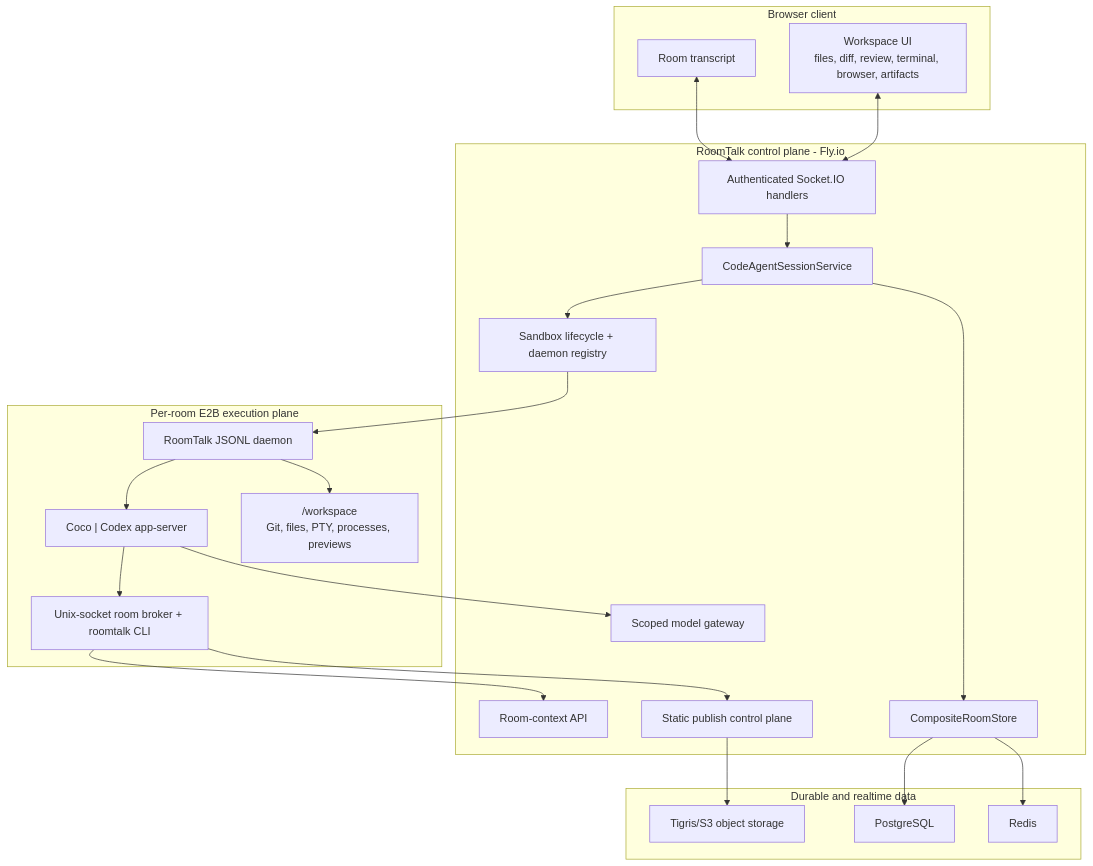
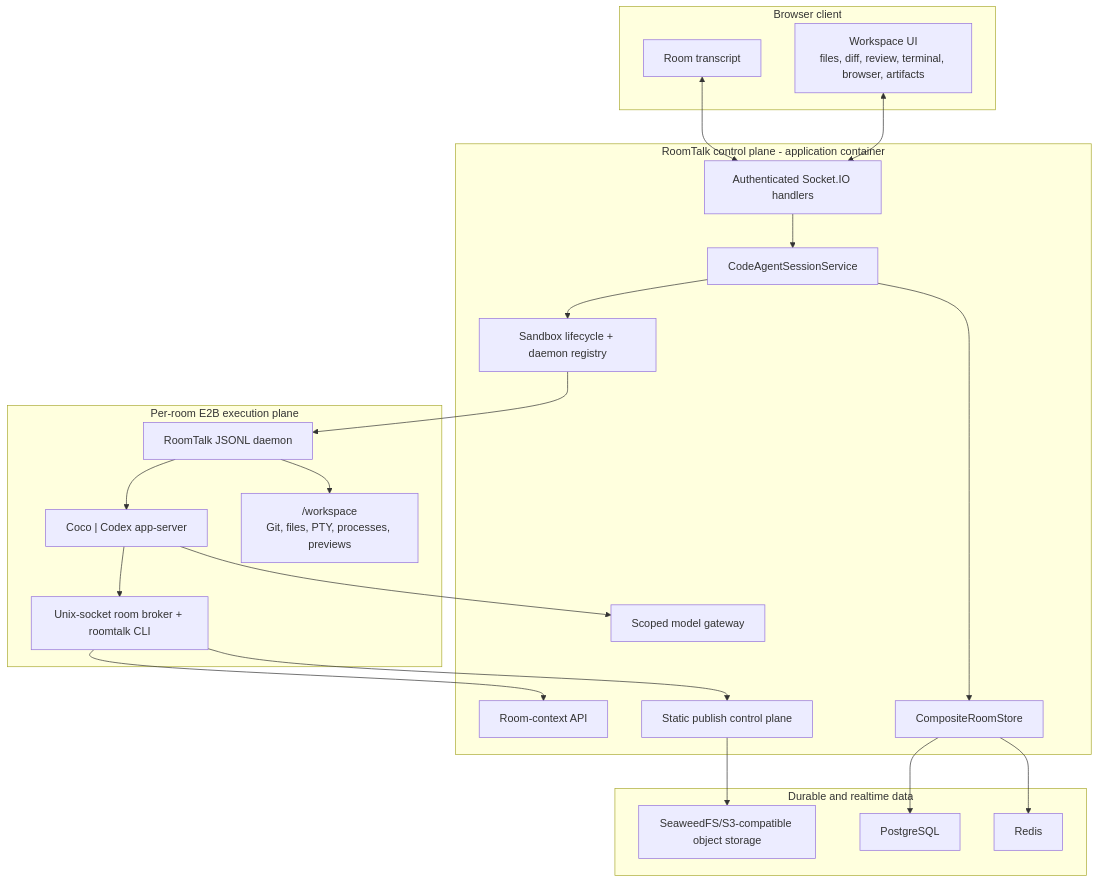
The first of 2 diagrams in docs/code-agent-runtime-architecture.md (Skymore/roomtalk), drawn with Mermaid before and after one commit. The commit also changed other lines of this file and 35 other files, not shown here.

Commit message:
docs: finalize self-hosted event architecture

````diff
--- a/docs/code-agent-runtime-architecture.md
+++ b/docs/code-agent-runtime-architecture.md
@@ -30,46 +30,46 @@
 ```mermaid
 flowchart TB
   subgraph Browser["Browser client"]
     Chat["Room transcript"]
     WorkspaceUI["Workspace UI\nfiles, diff, review, terminal, browser, artifacts"]
   end
 
-  subgraph Control["RoomTalk control plane - Fly.io"]
+  subgraph Control["RoomTalk control plane - application container"]
     Socket["Authenticated Socket.IO handlers"]
     Sessions["CodeAgentSessionService"]
     Lifecycle["Sandbox lifecycle + daemon registry"]
     ContextAPI["Room-context API"]
     Gateway["Scoped model gateway"]
     Publish["Static publish control plane"]
     Store["CompositeRoomStore"]
   end
 
   subgraph Data["Durable and realtime data"]
     Postgres["PostgreSQL"]
     Redis["Redis"]
-    Objects["Tigris/S3 object storage"]
+    Objects["SeaweedFS/S3-compatible object storage"]
   end
 
   subgraph Sandbox["Per-room E2B execution plane"]
     Daemon["RoomTalk JSONL daemon"]
     Backends["Coco | Codex app-server"]
     Broker["Unix-socket room broker + roomtalk CLI"]
     Workdir["/workspace\nGit, files, PTY, processes, previews"]
   end
 
   Chat <--> Socket
   WorkspaceUI <--> Socket
   Socket --> Sessions
   Sessions --> Lifecycle
   Lifecycle --> Daemon
   Daemon --> Backends
   Daemon --> Workdir
   Backends --> Broker
   Broker --> ContextAPI
   Backends --> Gateway
   Broker --> Publish
   Sessions --> Store
   Store --> Postgres
   Store --> Redis
   Publish --> Objects
 ```
````
